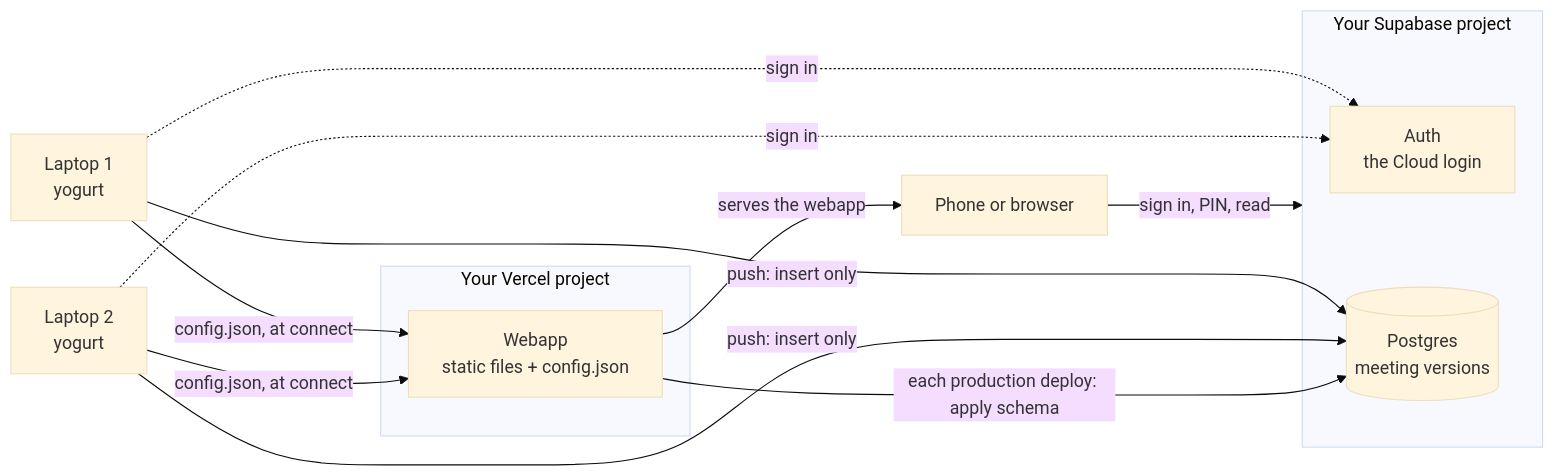
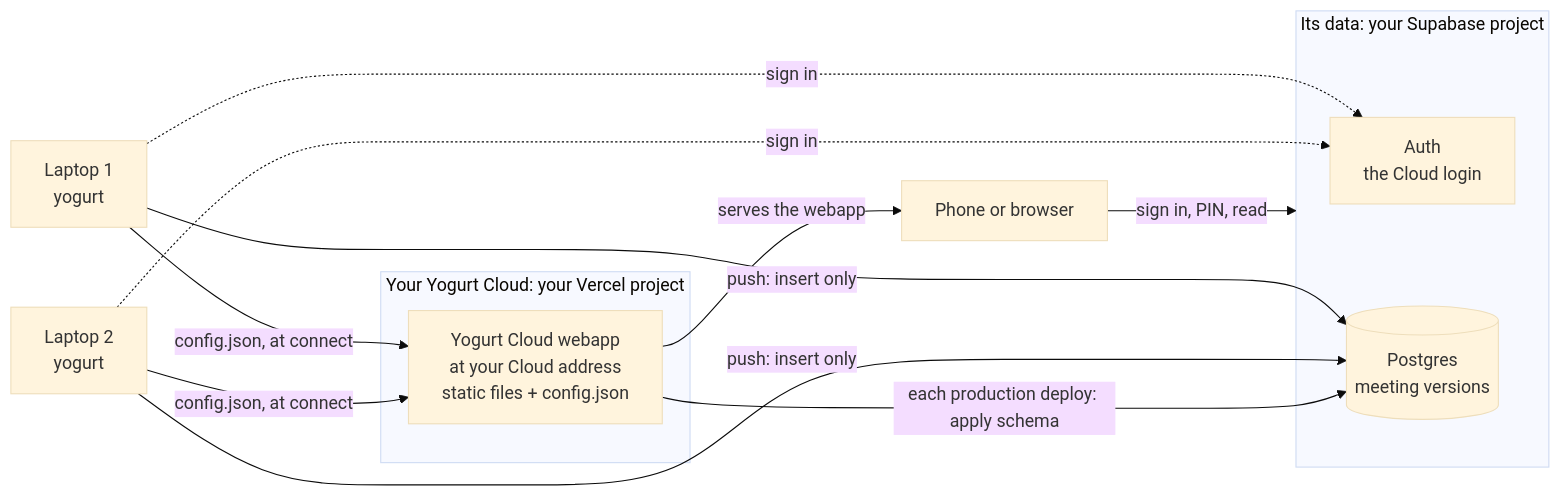
One commit to jarvisrchen/yogurt changed the first of 3 diagrams in docs/CLOUD-SYNC.md. Above: the diagram before and after it, drawn with Mermaid (base theme). The commit also changed other lines of this file and 16 other files, not shown here.

````diff
--- a/docs/CLOUD-SYNC.md
+++ b/docs/CLOUD-SYNC.md
@@ -21,20 +22,20 @@
 ```mermaid
 flowchart LR
   L1["Laptop 1<br/>yogurt"]
   L2["Laptop 2<br/>yogurt"]
-  subgraph VC["Your Vercel project"]
-    WEB["Webapp<br/>static files + config.json"]
+  subgraph VC["Your Yogurt Cloud: your Vercel project"]
+    WEB["Yogurt Cloud webapp<br/>at your Cloud address<br/>static files + config.json"]
   end
-  subgraph SB["Your Supabase project"]
+  subgraph SB["Its data: your Supabase project"]
     AUTH["Auth<br/>the Cloud login"]
     DB[("Postgres<br/>meeting versions")]
   end
   PH["Phone or browser"]
 
   L1 & L2 -- "push: insert only" --> DB
   L1 & L2 -. "sign in" .-> AUTH
   L1 & L2 -- "config.json, at connect" --> WEB
   WEB -- "each production deploy: apply schema" --> DB
   WEB -- "serves the webapp" --> PH
   PH -- "sign in, PIN, read" --> SB
 ```
````
